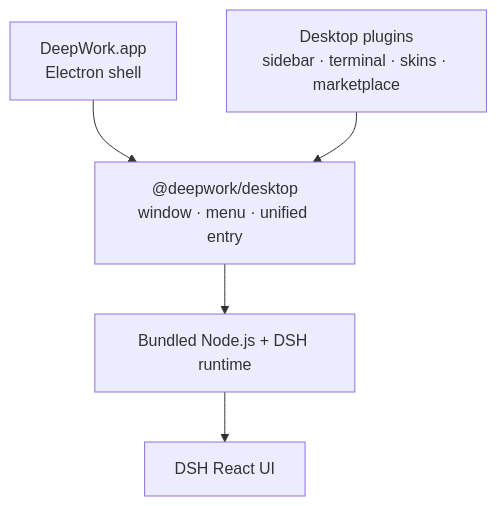
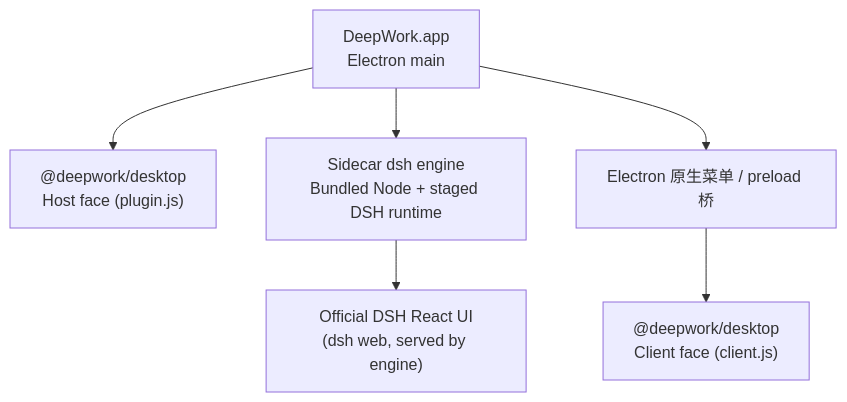
The diagram in README.md (oli-bot/dsh-desktop), drawn with Mermaid before and after one commit. The commit also changed other lines of this file and 5 other files, not shown here.

````diff
--- a/README.md
+++ b/README.md
@@ -173,12 +43,14 @@
 ```mermaid
 flowchart TB
-  App["DeepWork.app<br/>Electron shell"]
-  Desktop["@deepwork/desktop<br/>window · menu · unified entry"]
-  Runtime["Bundled Node.js + DSH runtime"]
-  UI["DSH React UI"]
-  Plugins["Desktop plugins<br/>sidebar · terminal · skins · marketplace"]
-  App --> Desktop
-  Desktop --> Runtime
+  App["DeepWork.app<br/>Electron main"]
+  Host["@deepwork/desktop<br/>Host face (plugin.js)"]
+  Runtime["Sidecar dsh engine<br/>Bundled Node + staged DSH runtime"]
+  UI["Official DSH React UI<br/>(dsh web, served by engine)"]
+  Client["@deepwork/desktop<br/>Client face (client.js)"]
+  Menu["Electron 原生菜单 / preload 桥"]
+  App --> Host
+  App --> Runtime
+  App --> Menu
   Runtime --> UI
-  Plugins --> Desktop
+  Menu --> Client
 ```
````
